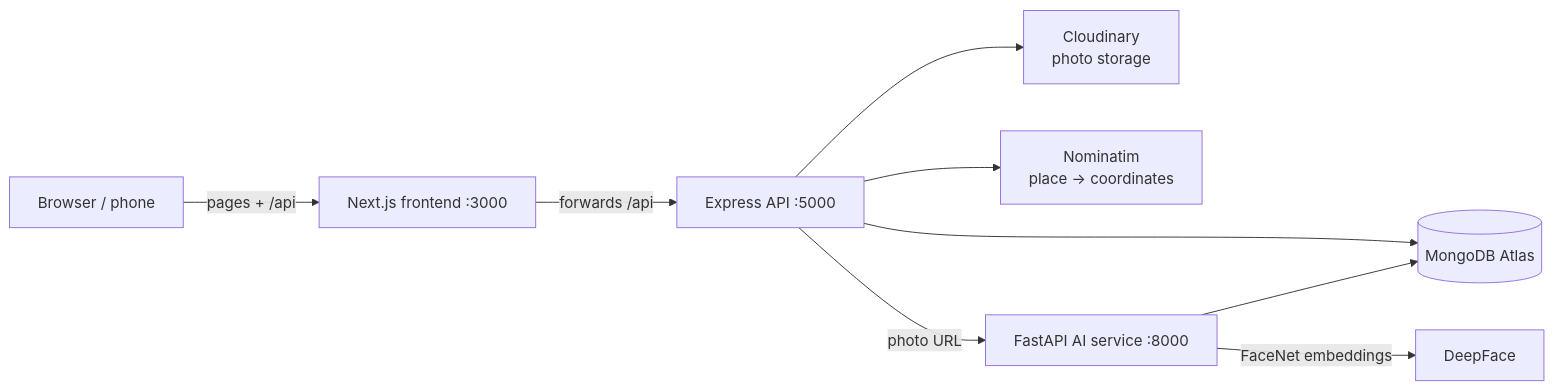
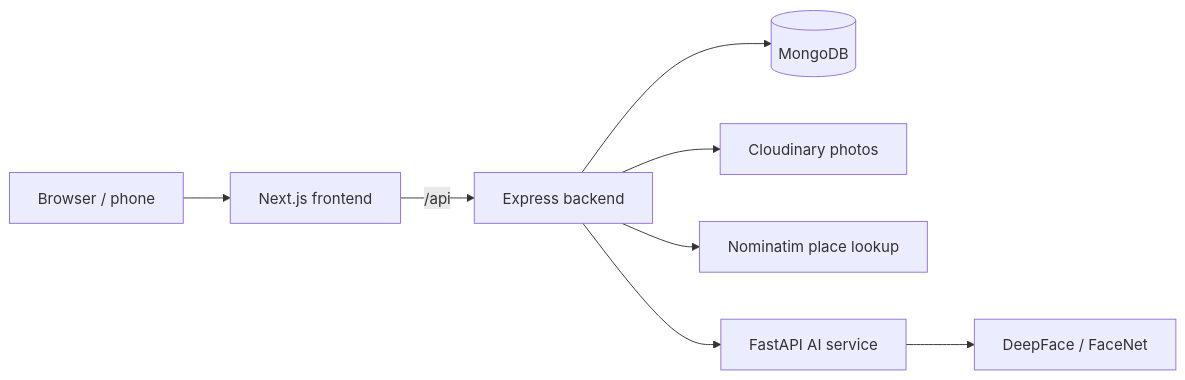
The diagram in README.md (SK33Samiksha/SafeSight), drawn with Mermaid before and after one commit. The commit also changed other lines of this file, not shown here.

````diff
--- a/README.md
+++ b/README.md
@@ -146,11 +44,10 @@
 ```mermaid
 flowchart LR
-    U[Browser / phone] -->|pages + /api| F[Next.js frontend :3000]
-    F -->|forwards /api| B[Express API :5000]
-    B --> M[(MongoDB Atlas)]
-    B --> C[Cloudinary<br/>photo storage]
-    B --> N[Nominatim<br/>place → coordinates]
-    B -->|photo URL| A[FastAPI AI service :8000]
-    A -->|FaceNet embeddings| D[DeepFace]
-    A --> M
+    U[Browser / phone] --> F[Next.js frontend]
+    F -->|/api| B[Express backend]
+    B --> M[(MongoDB)]
+    B --> C[Cloudinary photos]
+    B --> N[Nominatim place lookup]
+    B --> A[FastAPI AI service]
+    A --> D[DeepFace / FaceNet]
 ```
````
